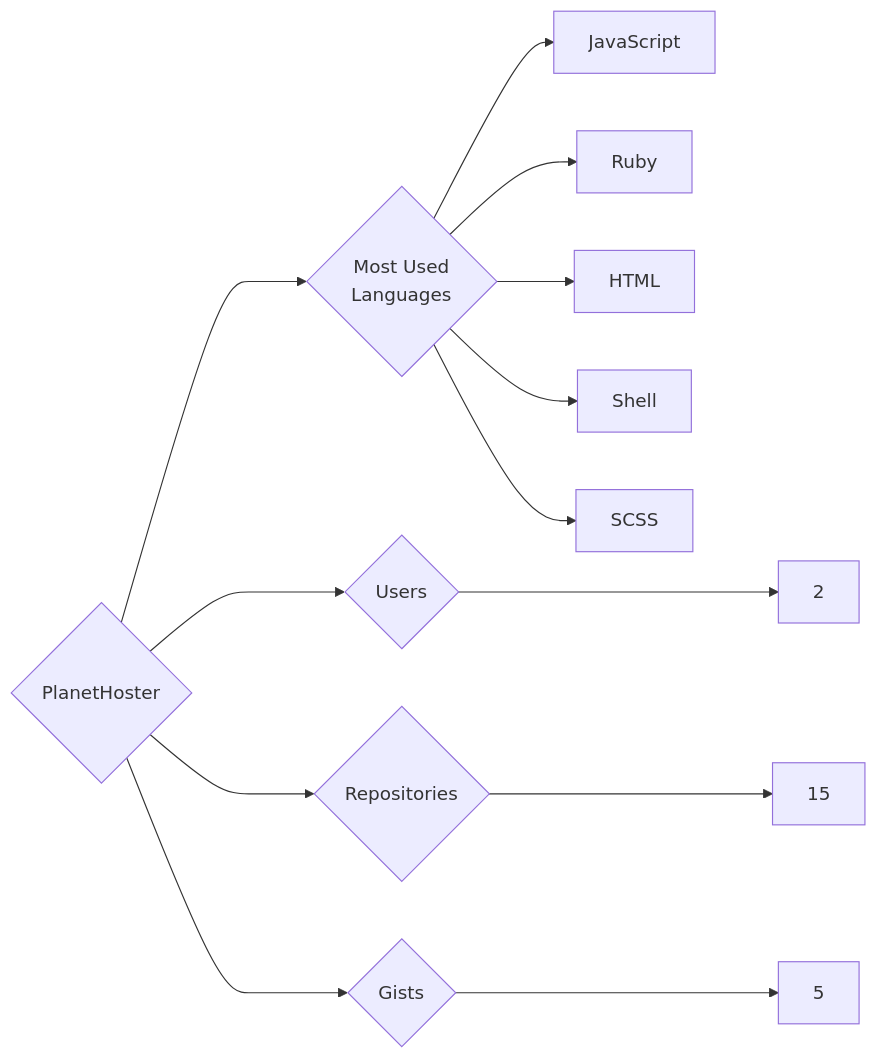
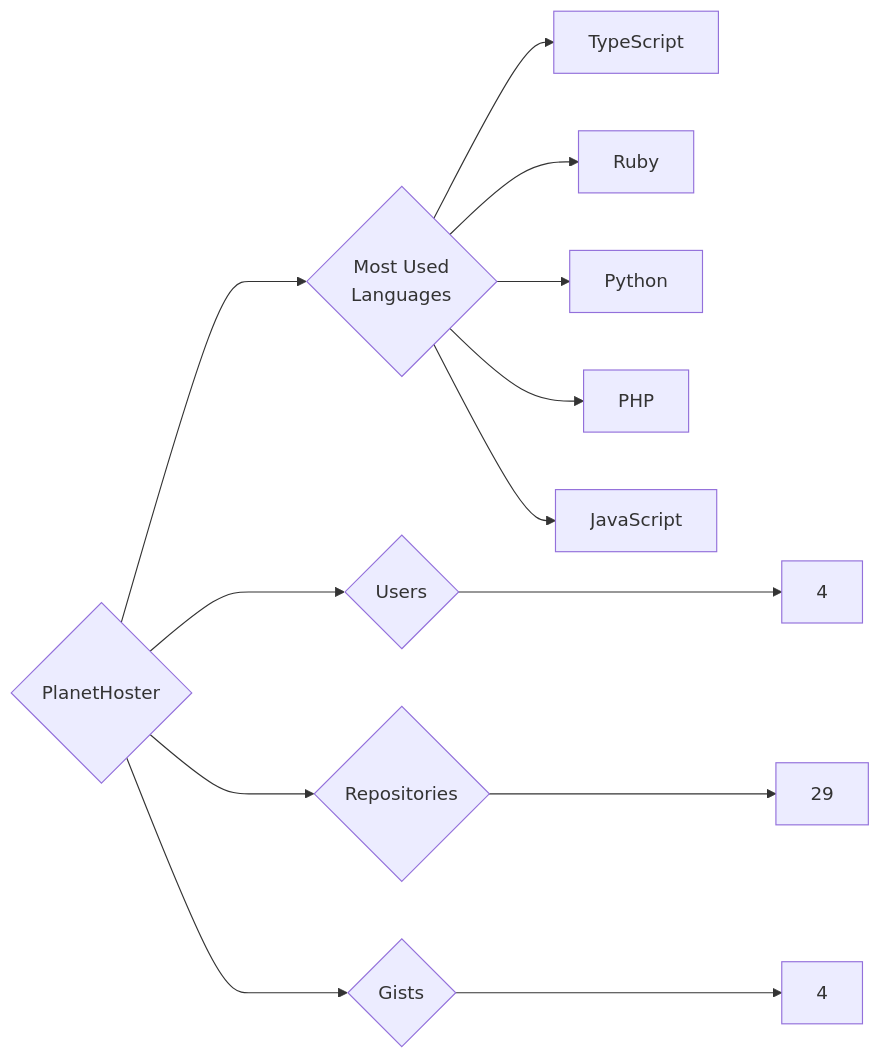
Before and after one commit to trickest/insiders: the diagram in targets/PlanetHoster/README.md, drawn with Mermaid. The commit also changed 1696 other files, not shown here.

````diff
--- a/targets/PlanetHoster/README.md
+++ b/targets/PlanetHoster/README.md
@@ -3,13 +3,13 @@
 ```mermaid
 graph LR
 COMPANY_NAME{PlanetHoster}
-COMPANY_NAME ---> U{Users} ---> UN[2]
-COMPANY_NAME ---> R{Repositories} ---> RN[15]
-COMPANY_NAME ---> G{Gists} ---> GN[5]
+COMPANY_NAME ---> U{Users} ---> UN[4]
+COMPANY_NAME ---> R{Repositories} ---> RN[29]
+COMPANY_NAME ---> G{Gists} ---> GN[4]
 COMPANY_NAME ---> ML{Most Used<br>Languages}
+ML --> TypeScript[TypeScript]
+ML --> Ruby[Ruby]
+ML --> Python[Python]
+ML --> PHP[PHP]
 ML --> JavaScript[JavaScript]
-ML --> Ruby[Ruby]
-ML --> HTML[HTML]
-ML --> Shell[Shell]
-ML --> SCSS[SCSS]
 ```
````
